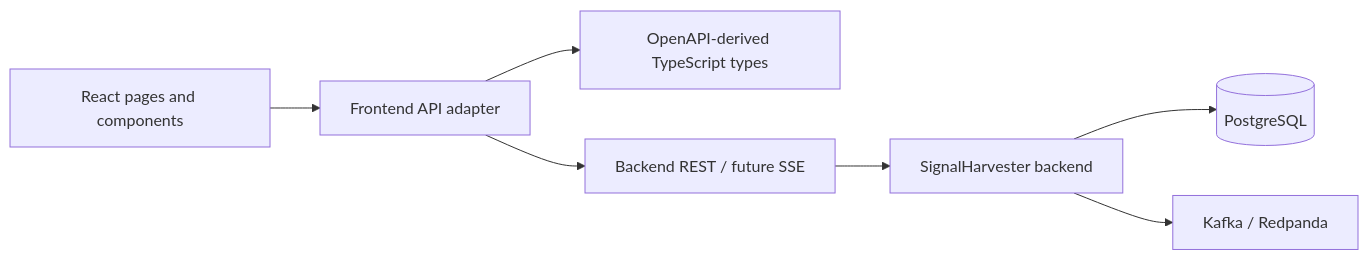
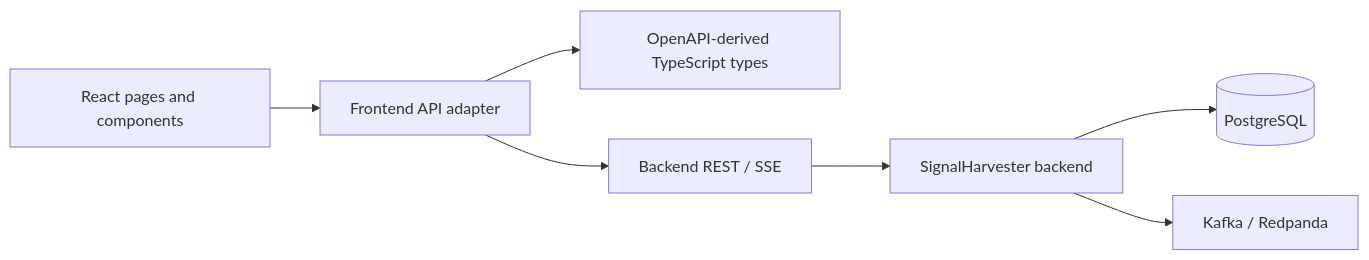
Before and after one commit to folk21/signalharvester-web: the diagram in docs/ARCHITECTURE.md, drawn with Mermaid. The commit also changed other lines of this file and 24 other files, not shown here.

First line of the commit message:
Add processing flow visualization

````diff
--- a/docs/ARCHITECTURE.md
+++ b/docs/ARCHITECTURE.md
@@ -27,9 +27,9 @@
 ```mermaid
 flowchart LR
     UI[React pages and components] --> API[Frontend API adapter]
     API --> TYPES[OpenAPI-derived TypeScript types]
-    API --> HTTP[Backend REST / future SSE]
+    API --> HTTP[Backend REST / SSE]
     HTTP --> BE[SignalHarvester backend]
     BE --> DB[(PostgreSQL)]
     BE --> K[Kafka / Redpanda]
 ```
````
